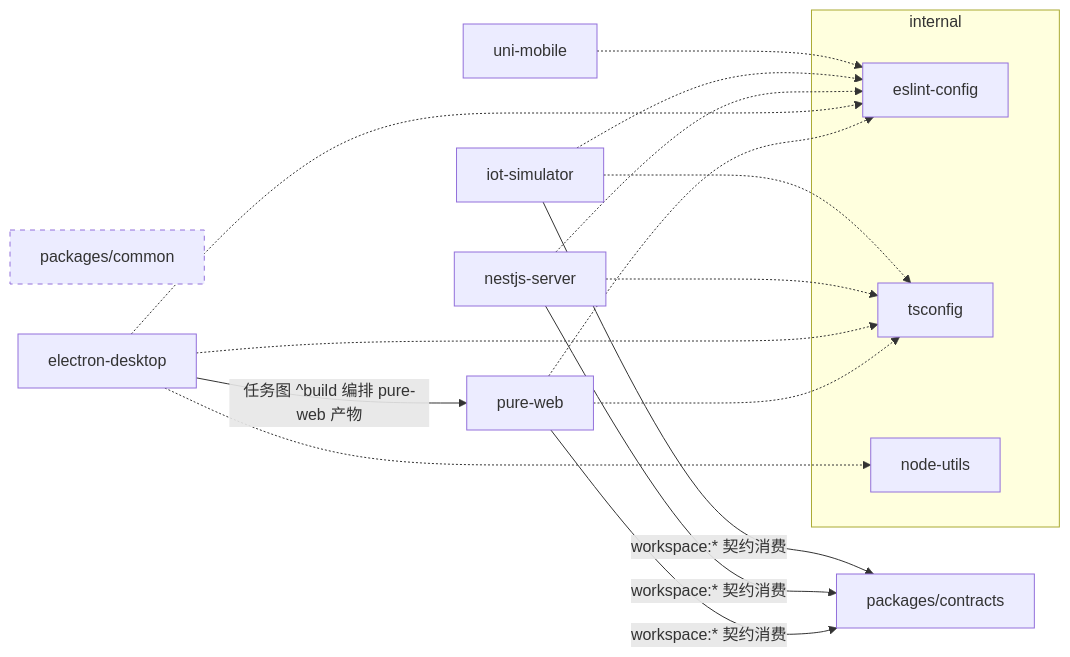
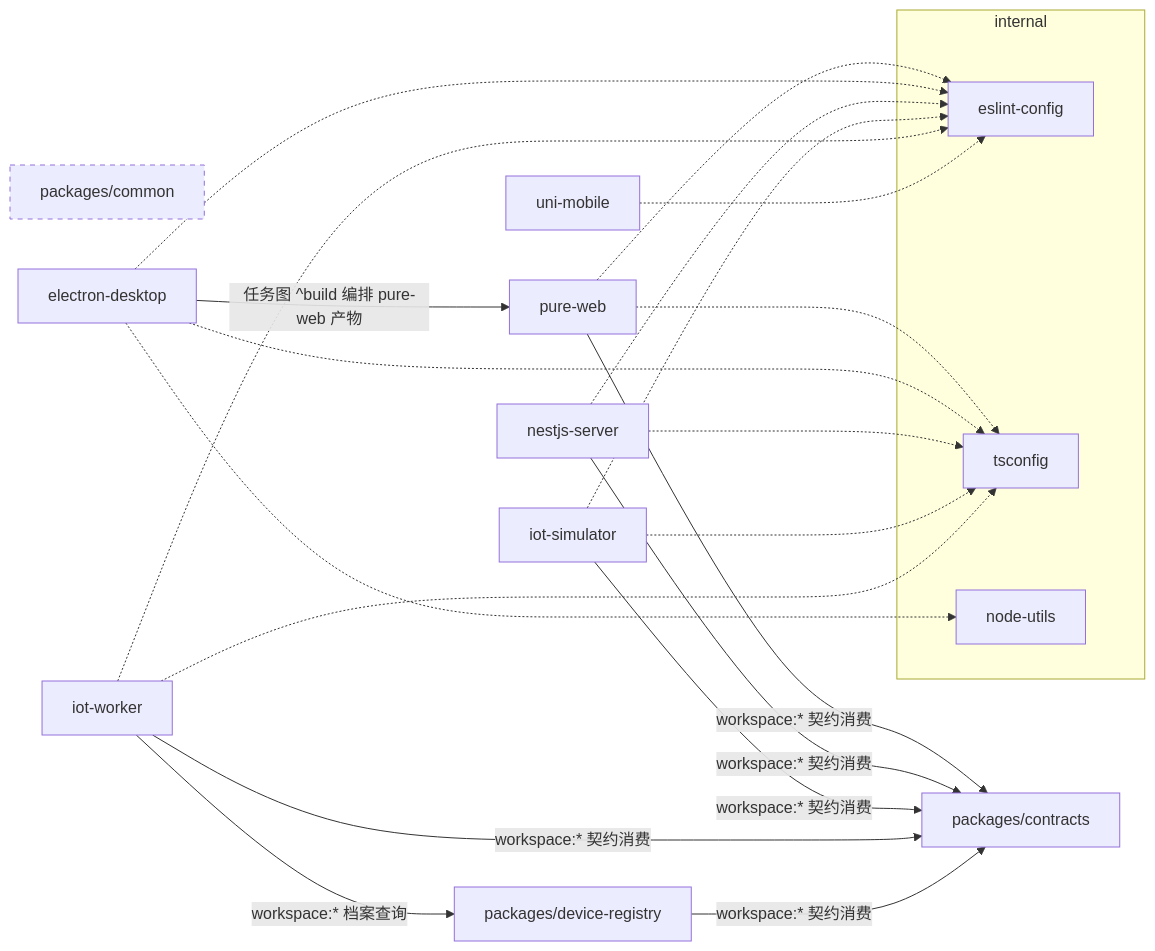
Before and after one commit to 25lonelyboy/wewant-multi-admin: the diagram in docs/architecture/repo-structure.md, drawn with Mermaid. The commit also changed other lines of this file and 67 other files, not shown here.

````diff
--- a/docs/architecture/repo-structure.md
+++ b/docs/architecture/repo-structure.md
@@ -33,25 +35,31 @@
 ```mermaid
 flowchart LR
     common["packages/common"]:::unused
     contracts["packages/contracts"]
     subgraph internal
         eslint["eslint-config"]
         tsconfig["tsconfig"]
         nodeutils["node-utils"]
     end
     web["pure-web"]
     desktop["electron-desktop"]
     server["nestjs-server"]
     mobile["uni-mobile"]
     simulator["iot-simulator"]
+    worker["iot-worker"]
+    registry["packages/device-registry"]
     desktop -- "任务图 ^build 编排 pure-web 产物" --> web
     web -- "workspace:* 契约消费" --> contracts
     server -- "workspace:* 契约消费" --> contracts
     simulator -- "workspace:* 契约消费" --> contracts
+    worker -- "workspace:* 契约消费" --> contracts
+    worker -- "workspace:* 档案查询" --> registry
+    registry -- "workspace:* 契约消费" --> contracts
     web -.-> eslint & tsconfig
     desktop -.-> nodeutils & tsconfig & eslint
     server -.-> tsconfig & eslint
     simulator -.-> tsconfig & eslint
+    worker -.-> tsconfig & eslint
     mobile -.-> eslint
     classDef unused stroke-dasharray: 5 5
 ```
````
